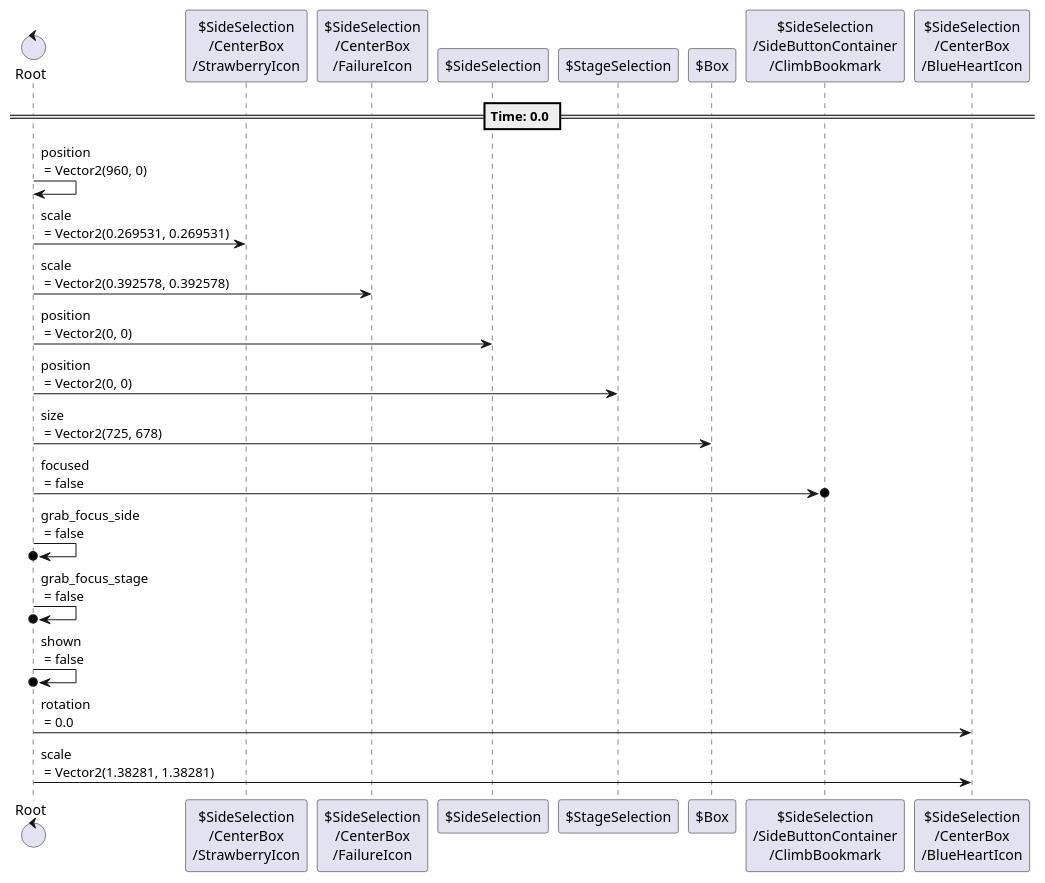
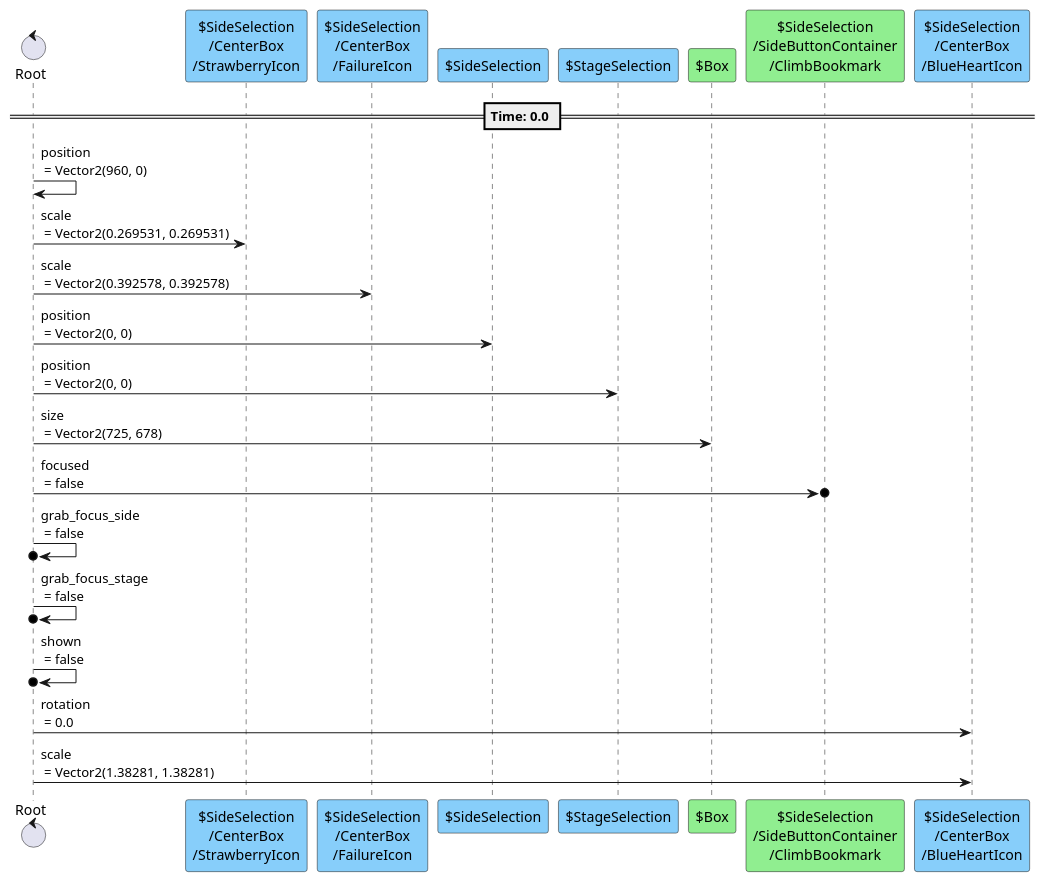
The second of 6 diagrams in content/scenes/src/beginning/chapters/menu/menu.tscn.adoc (tkmfujise/Platformer-Game-Learning), drawn with PlantUML before and after one commit. The commit also changed other lines of this file and 67 other files, not shown here.

```diff
--- a/content/scenes/src/beginning/chapters/menu/menu.tscn.adoc
+++ b/content/scenes/src/beginning/chapters/menu/menu.tscn.adoc
@@ -465,29 +465,29 @@
 [plantuml]
 ....
 control "Root" as R
-participant "$SideSelection\n/CenterBox\n/StrawberryIcon" as T1
-participant "$SideSelection\n/CenterBox\n/FailureIcon" as T2
-participant "$SideSelection" as T3
-participant "$StageSelection" as T4
-participant "$Box" as T5
-participant "$SideSelection\n/SideButtonContainer\n/ClimbBookmark" as T6
-participant "$SideSelection\n/CenterBox\n/BlueHeartIcon" as T10
+participant "$SideSelection\n/CenterBox\n/StrawberryIcon" as T1 #87CEFA
+participant "$SideSelection\n/CenterBox\n/FailureIcon" as T2 #87CEFA
+participant "$SideSelection" as T3 #87CEFA
+participant "$StageSelection" as T4 #87CEFA
+participant "$Box" as T5 #90EE90
+participant "$SideSelection\n/SideButtonContainer\n/ClimbBookmark" as T6 #90EE90
+participant "$SideSelection\n/CenterBox\n/BlueHeartIcon" as T10 #87CEFA
 
 
 
 == Time: 0.0 ==
 R  ->  R : position\n = Vector2(960, 0)
 R  ->  T1 : scale\n = Vector2(0.269531, 0.269531)
 R  ->  T2 : scale\n = Vector2(0.392578, 0.392578)
 R  ->  T3 : position\n = Vector2(0, 0)
 R  ->  T4 : position\n = Vector2(0, 0)
 R  ->  T5 : size\n = Vector2(725, 678)
 R  ->o  T6 : focused\n = false
 R  ->o  R : grab_focus_side\n = false
 R  ->o  R : grab_focus_stage\n = false
 R  ->o  R : shown\n = false
 R  ->  T10 : rotation\n = 0.0
 R  ->  T10 : scale\n = Vector2(1.38281, 1.38281)
 
 
 ....
```
